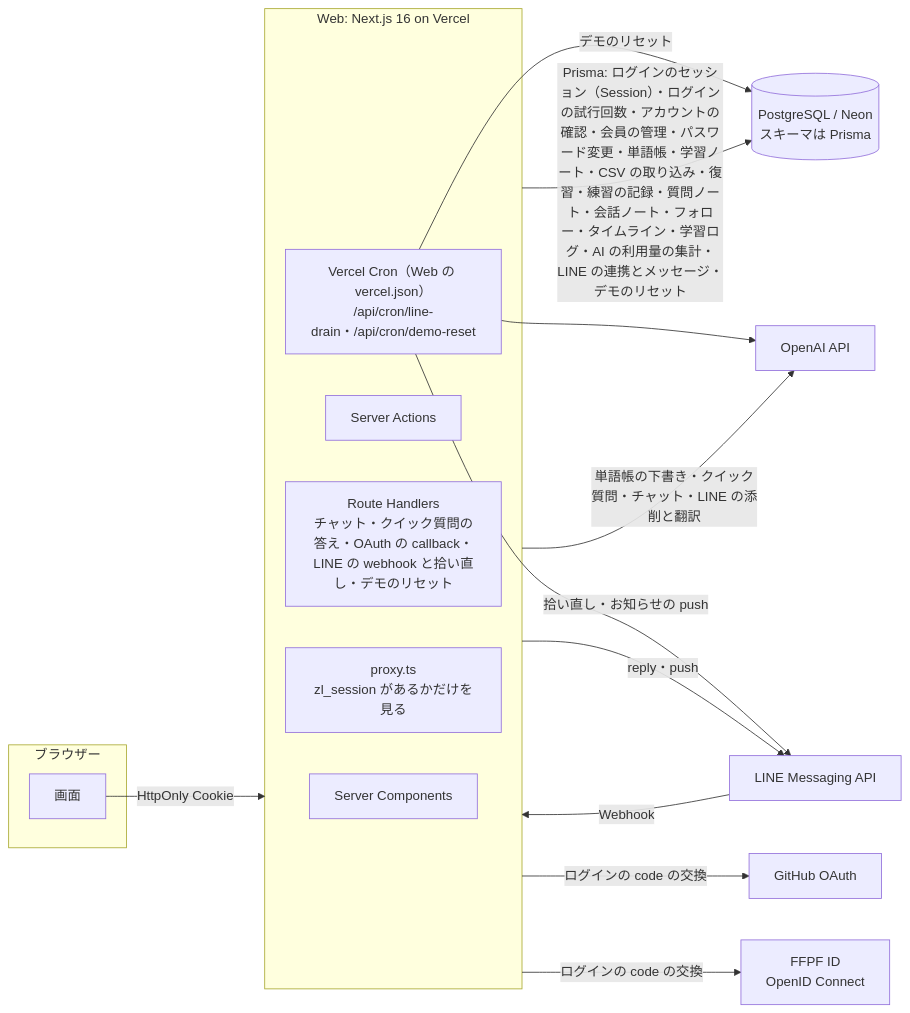
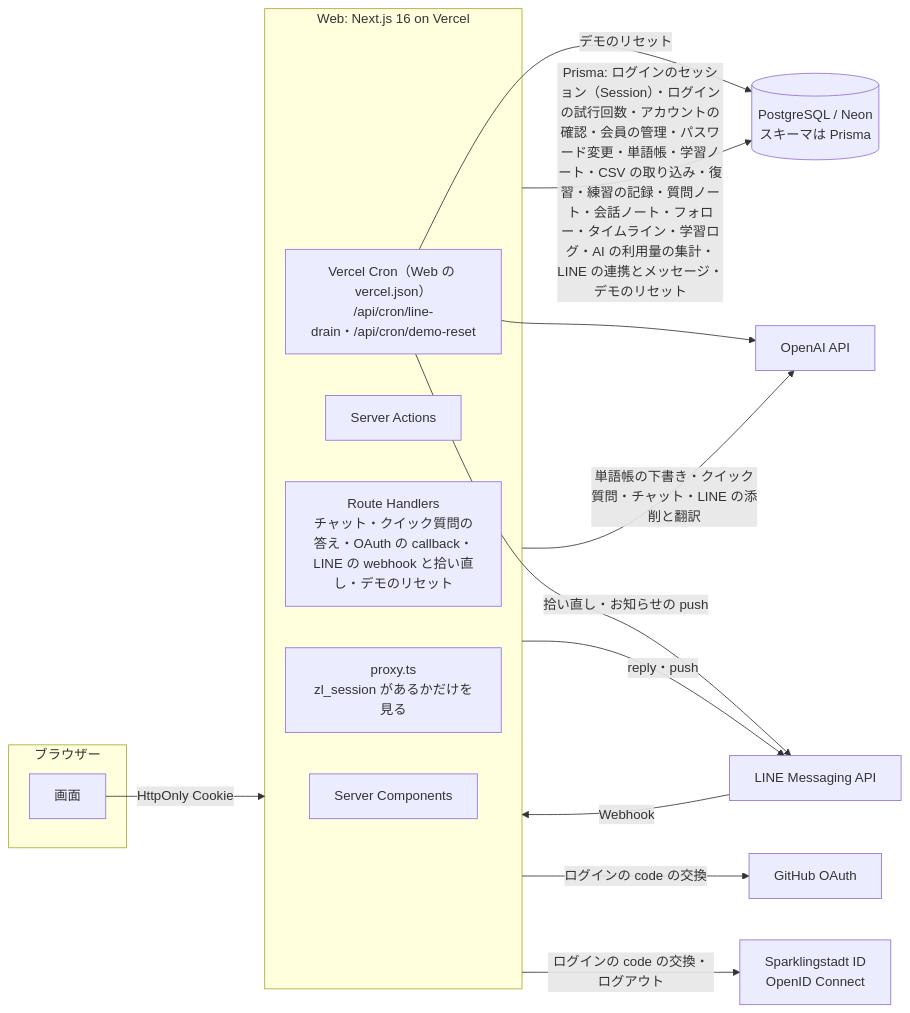
Before and after one commit to Sparklingstadt/ffpf-zhuelog: the first of 2 diagrams in docs/architecture.md, drawn with Mermaid. The commit also changed other lines of this file and 66 other files, not shown here.

First line of the commit message:
feat(auth): FFPF ID のログインを Sparklingstadt ID に置き換える (#192)

````diff
--- a/docs/architecture.md
+++ b/docs/architecture.md
@@ -7,29 +7,29 @@
 ```mermaid
 flowchart LR
   subgraph Browser[ブラウザー]
     UI[画面]
   end
   subgraph Web[Web: Next.js 16 on Vercel]
     RSC[Server Components]
     SA[Server Actions]
     RH[Route Handlers<br/>チャット・クイック質問の答え・OAuth の callback・LINE の webhook と拾い直し・デモのリセット]
     PX[proxy.ts<br/>zl_session があるかだけを見る]
     CRON[Vercel Cron（Web の vercel.json）<br/>/api/cron/line-drain・/api/cron/demo-reset]
   end
   DB[(PostgreSQL / Neon<br/>スキーマは Prisma)]
   OpenAI[OpenAI API]
   LINE[LINE Messaging API]
   GH[GitHub OAuth]
-  FFPF[FFPF ID<br/>OpenID Connect]
+  SID[Sparklingstadt ID<br/>OpenID Connect]
 
   UI -->|HttpOnly Cookie| Web
   Web -->|Prisma: ログインのセッション（Session）・ログインの試行回数・アカウントの確認・会員の管理・パスワード変更・単語帳・学習ノート・CSV の取り込み・復習・練習の記録・質問ノート・会話ノート・フォロー・タイムライン・学習ログ・AI の利用量の集計・LINE の連携とメッセージ・デモのリセット| DB
   Web -->|単語帳の下書き・クイック質問・チャット・LINE の添削と翻訳| OpenAI
   LINE -->|Webhook| Web
   Web -->|reply・push| LINE
   CRON -->|拾い直し・お知らせの push| LINE
   CRON --> OpenAI
   CRON -->|デモのリセット| DB
   Web -->|ログインの code の交換| GH
-  Web -->|ログインの code の交換| FFPF
+  Web -->|ログインの code の交換・ログアウト| SID
 ```
````
